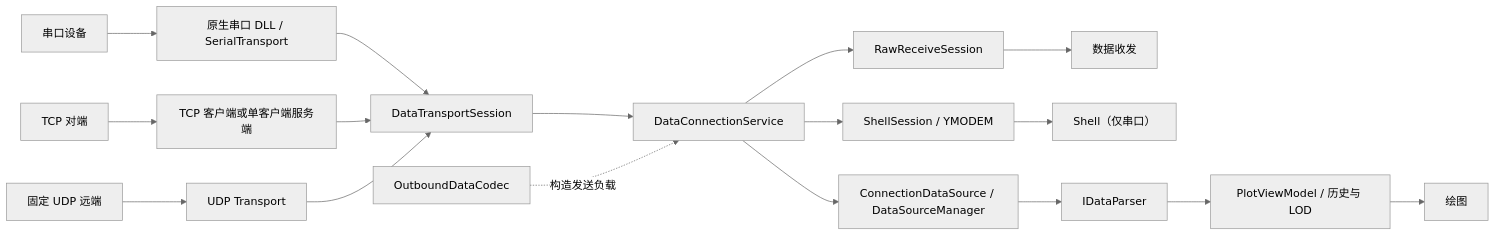
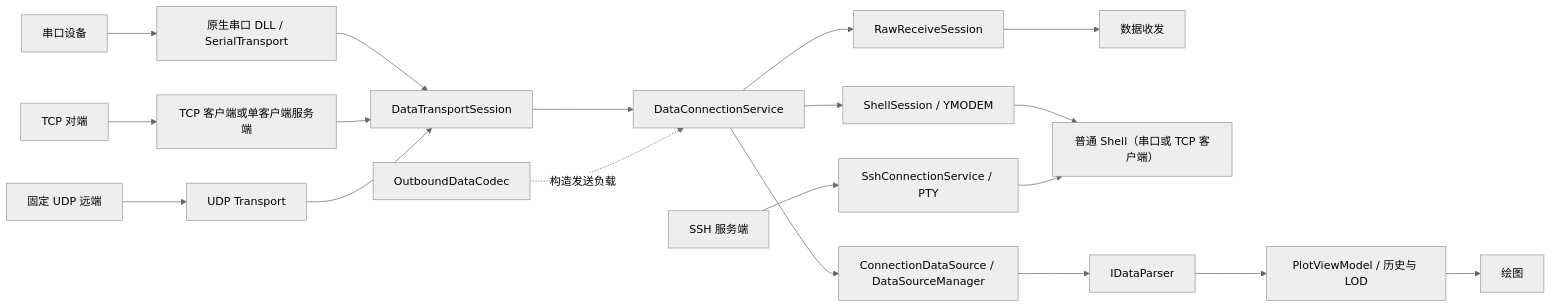
Before and after one commit to ZhiJuan0724/vscope_serial: the first of 3 diagrams in DEVELOPMENT.md, drawn with Mermaid (neutral theme). The commit also changed other lines of this file and 16 other files, not shown here.

First line of the commit message:
feat(shell): 支持 TCP 终端与独立 SSH 会话

````diff
--- a/DEVELOPMENT.md
+++ b/DEVELOPMENT.md
@@ -80,18 +80,19 @@
 ```mermaid
 flowchart LR
     serialDevice["串口设备"] --> nativeSerial["原生串口 DLL / SerialTransport"]
     tcpPeer["TCP 对端"] --> tcpTransport["TCP 客户端或单客户端服务端"]
     udpPeer["固定 UDP 远端"] --> udpTransport["UDP Transport"]
 
     nativeSerial --> session["DataTransportSession"]
     tcpTransport --> session
     udpTransport --> session
 
     session --> connectionService["DataConnectionService"]
     connectionService --> rawSession["RawReceiveSession"] --> rawPage["数据收发"]
-    connectionService --> shellSession["ShellSession / YMODEM"] --> shellPage["Shell（仅串口）"]
+    connectionService --> shellSession["ShellSession / YMODEM"] --> shellPage["普通 Shell（串口或 TCP 客户端）"]
+    sshPeer["SSH 服务端"] --> sshService["SshConnectionService / PTY"] --> shellPage
     connectionService --> dataSource["ConnectionDataSource / DataSourceManager"] --> parser["IDataParser"]
     parser --> plotVm["PlotViewModel / 历史与 LOD"] --> plotPage["绘图"]
 
     outbound["OutboundDataCodec"] -. 构造发送负载 .-> connectionService
 ```
````
